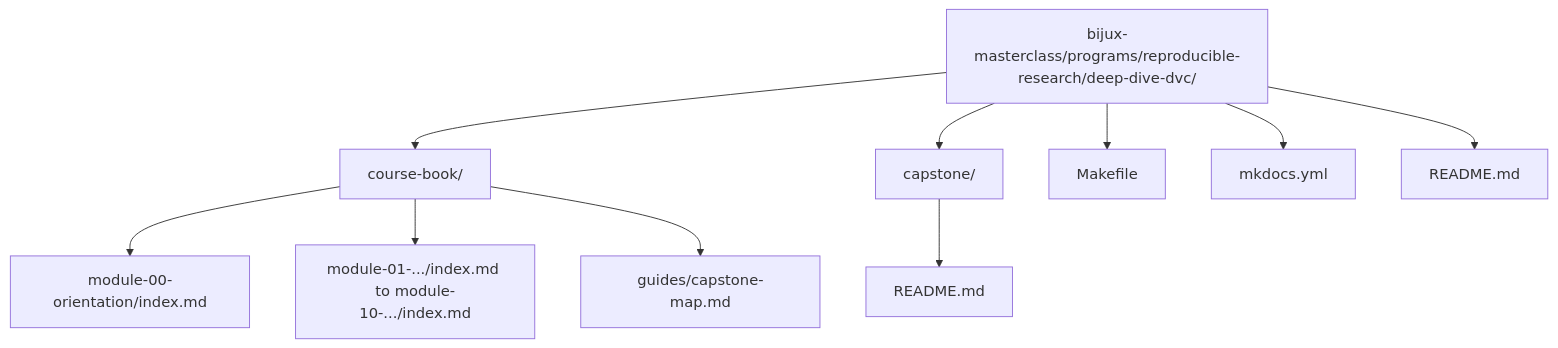
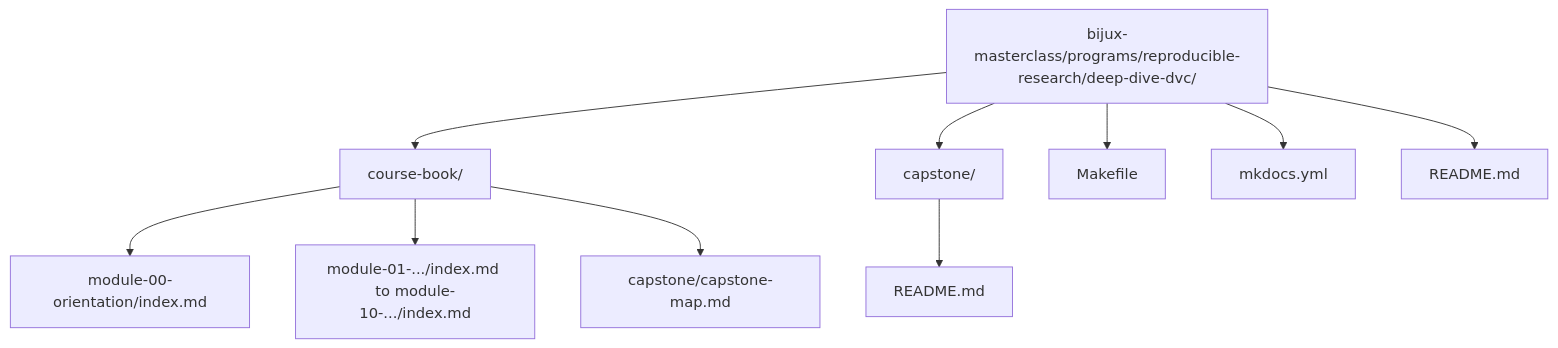
One commit to bijux/bijux-masterclass changed the third of 3 diagrams in programs/reproducible-research/deep-dive-dvc/course-book/index.md. Above: the diagram before and after it, drawn with Mermaid. The commit also changed other lines of this file and 28 other files, not shown here.

Commit message:
docs(deep-dive-dvc): group capstone guides under a capstone shelf

````diff
--- a/programs/reproducible-research/deep-dive-dvc/course-book/index.md
+++ b/programs/reproducible-research/deep-dive-dvc/course-book/index.md
@@ -175,13 +175,13 @@
 ```mermaid
 graph TD
   root["bijux-masterclass/programs/reproducible-research/deep-dive-dvc/"]
   root --> book["course-book/"]
   root --> capstone["capstone/"]
   root --> makefile["Makefile"]
   root --> mkdocs["mkdocs.yml"]
   root --> readme["README.md"]
   book --> orientation["module-00-orientation/index.md"]
   book --> modules["module-01-.../index.md to module-10-.../index.md"]
-  book --> capmap["guides/capstone-map.md"]
+  book --> capmap["capstone/capstone-map.md"]
   capstone --> capreadme["README.md"]
 ```
````
